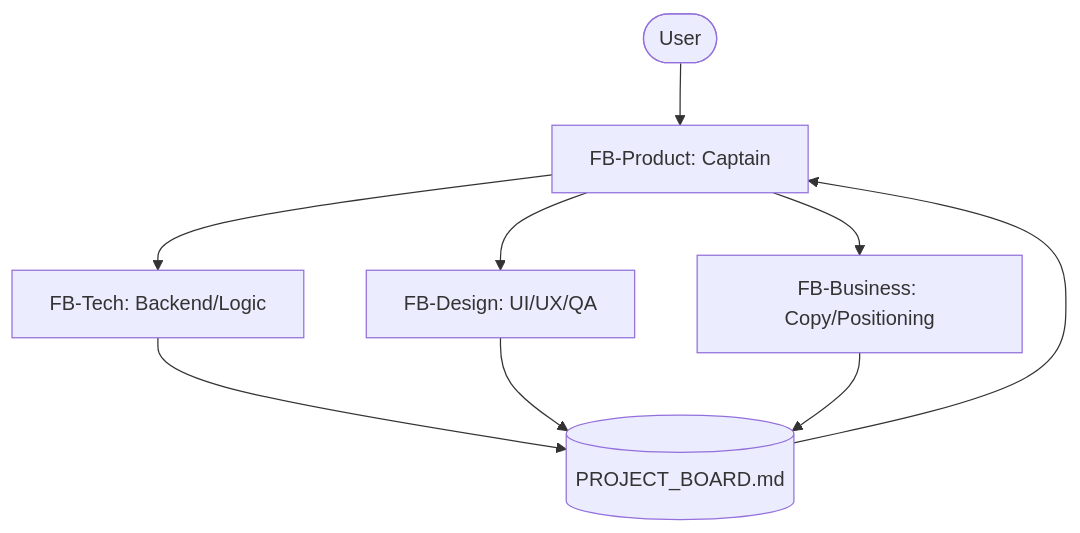
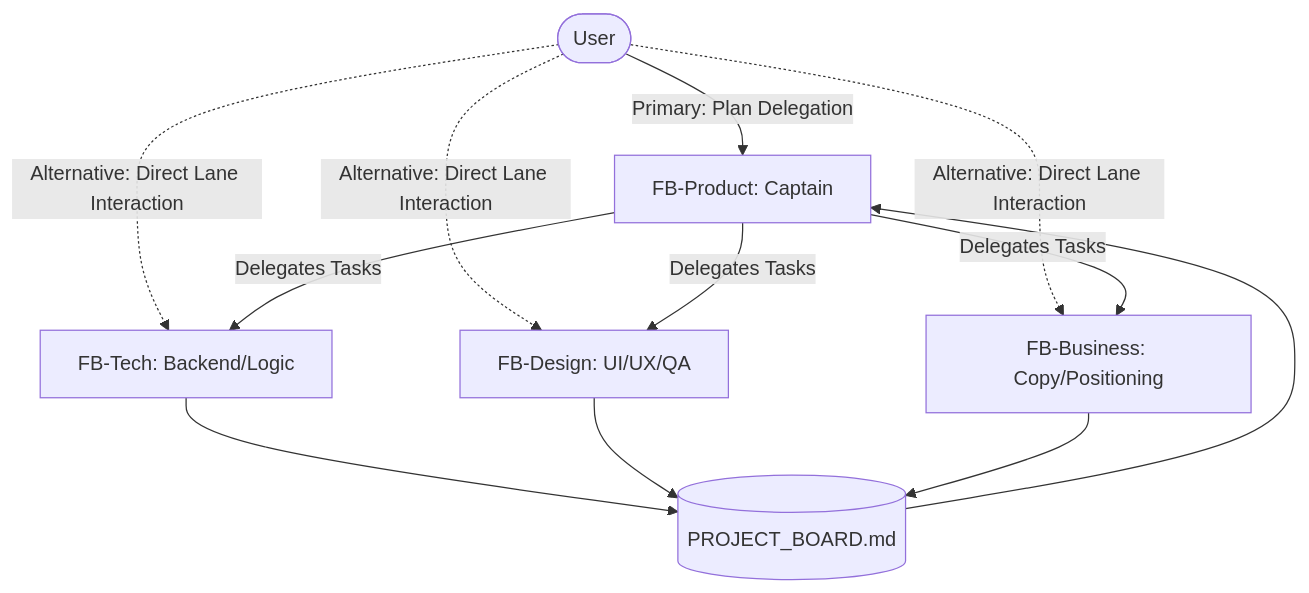
The diagram in README.md (friedbeef1/fb-lane-coordination), drawn with Mermaid before and after one commit. The commit also changed other lines of this file and 1 other file, not shown here.

Commit message:
docs: add alternative direct-lane workflow scenario to README and FAQ

````diff
--- a/README.md
+++ b/README.md
@@ -13,11 +13,14 @@
 ```mermaid
 graph TD
-    User([User]) --> MP[FB-Product: Captain]
-    MP --> MT[FB-Tech: Backend/Logic]
-    MP --> MD[FB-Design: UI/UX/QA]
-    MP --> MB[FB-Business: Copy/Positioning]
+    User([User]) -->|Primary: Plan Delegation| MP[FB-Product: Captain]
+    User -.->|Alternative: Direct Lane Interaction| MT[FB-Tech: Backend/Logic]
+    User -.->|Alternative: Direct Lane Interaction| MD[FB-Design: UI/UX/QA]
+    User -.->|Alternative: Direct Lane Interaction| MB[FB-Business: Copy/Positioning]
+    MP -->|Delegates Tasks| MT
+    MP -->|Delegates Tasks| MD
+    MP -->|Delegates Tasks| MB
     MT --> PB[(PROJECT_BOARD.md)]
     MD --> PB
     MB --> PB
     PB --> MP
 ```
````
